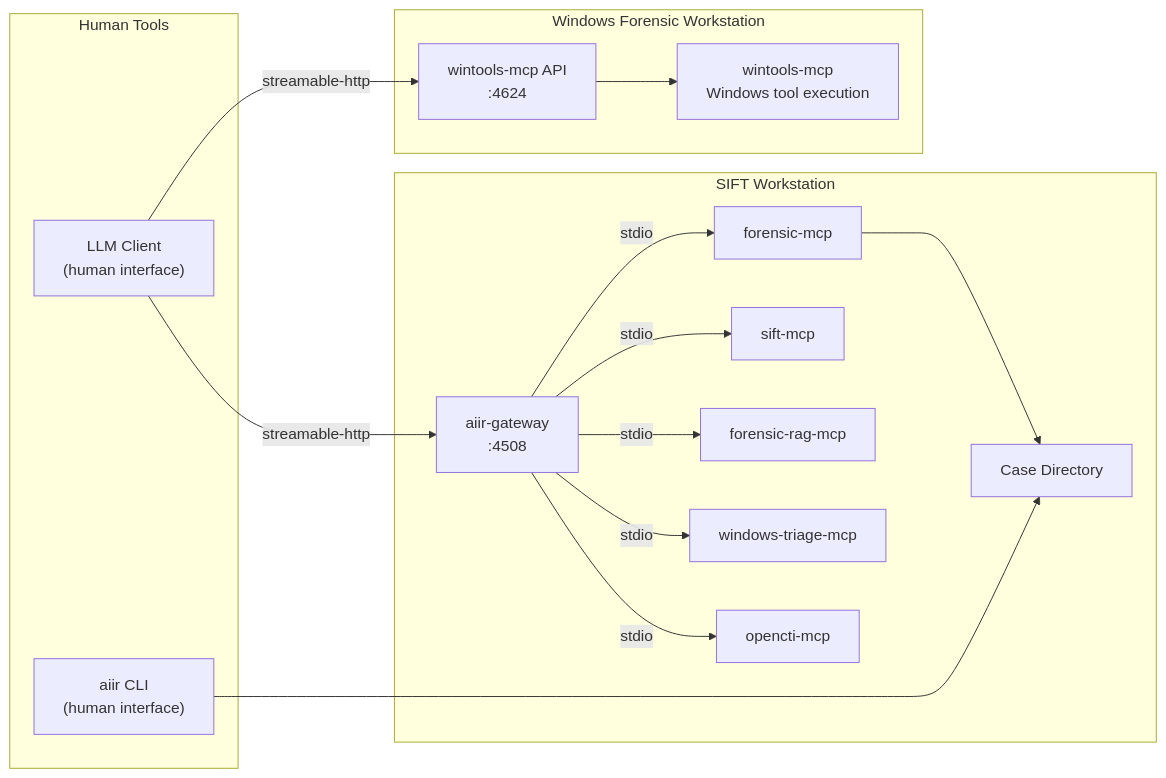
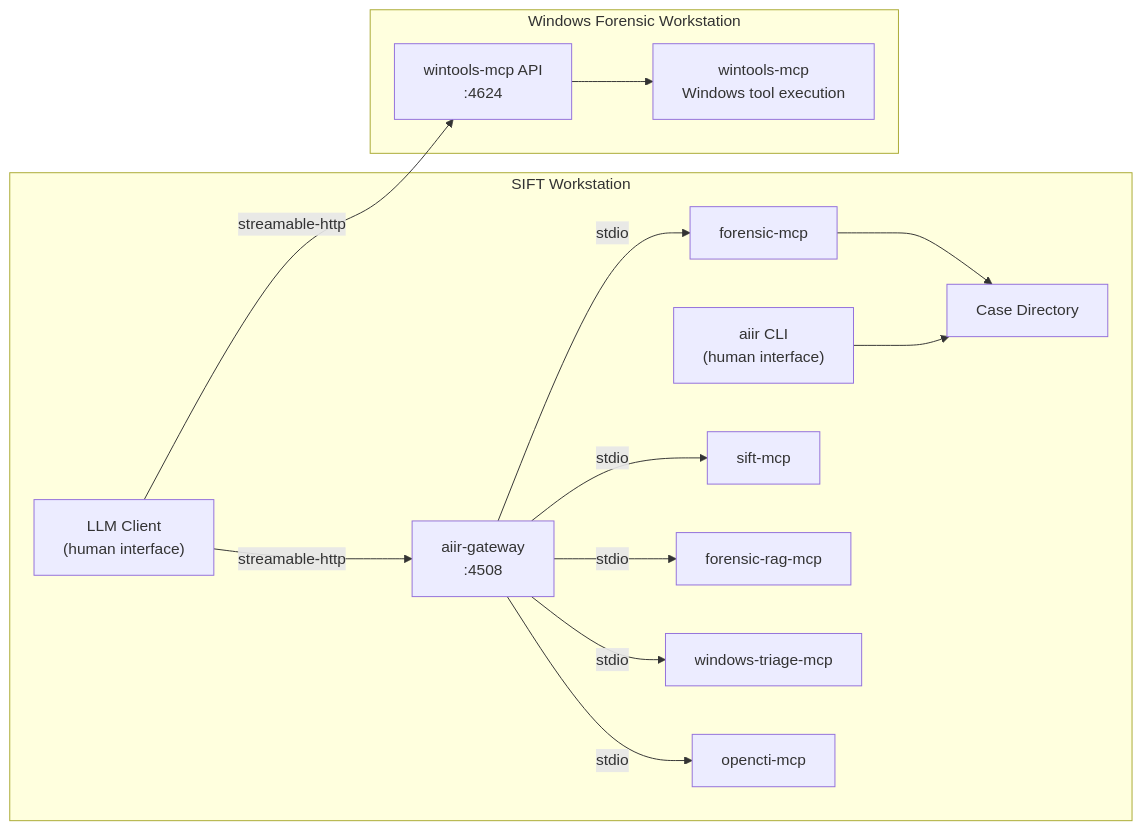
Before and after one commit to AppliedIR/aiir: the third of 5 diagrams in README.md, drawn with Mermaid. The commit also changed other lines of this file, not shown here.

Commit message:
fix topology diagrams: yellow box = computer, all components inside their machine

````diff
--- a/README.md
+++ b/README.md
@@ -99,35 +95,32 @@
 ```mermaid
 graph LR
-    subgraph human ["Human Tools"]
+    subgraph sift ["SIFT Workstation"]
         CC["LLM Client<br/>(human interface)"]
         CLI["aiir CLI<br/>(human interface)"]
-    end
-
-    subgraph sift ["SIFT Workstation"]
         GW["aiir-gateway<br/>:4508"]
         FM[forensic-mcp]
         SM[sift-mcp]
         FR[forensic-rag-mcp]
         WTR[windows-triage-mcp]
         OC[opencti-mcp]
         CASE[Case Directory]
 
+        CC -->|"streamable-http"| GW
         GW -->|stdio| FM
         GW -->|stdio| SM
         GW -->|stdio| FR
         GW -->|stdio| WTR
         GW -->|stdio| OC
         FM --> CASE
+        CLI --> CASE
     end
 
     subgraph winbox ["Windows Forensic Workstation"]
         WAPI["wintools-mcp API<br/>:4624"]
         WM["wintools-mcp<br/>Windows tool execution"]
 
         WAPI --> WM
     end
 
-    CC -->|"streamable-http"| GW
     CC -->|"streamable-http"| WAPI
-    CLI --> CASE
 ```
````
